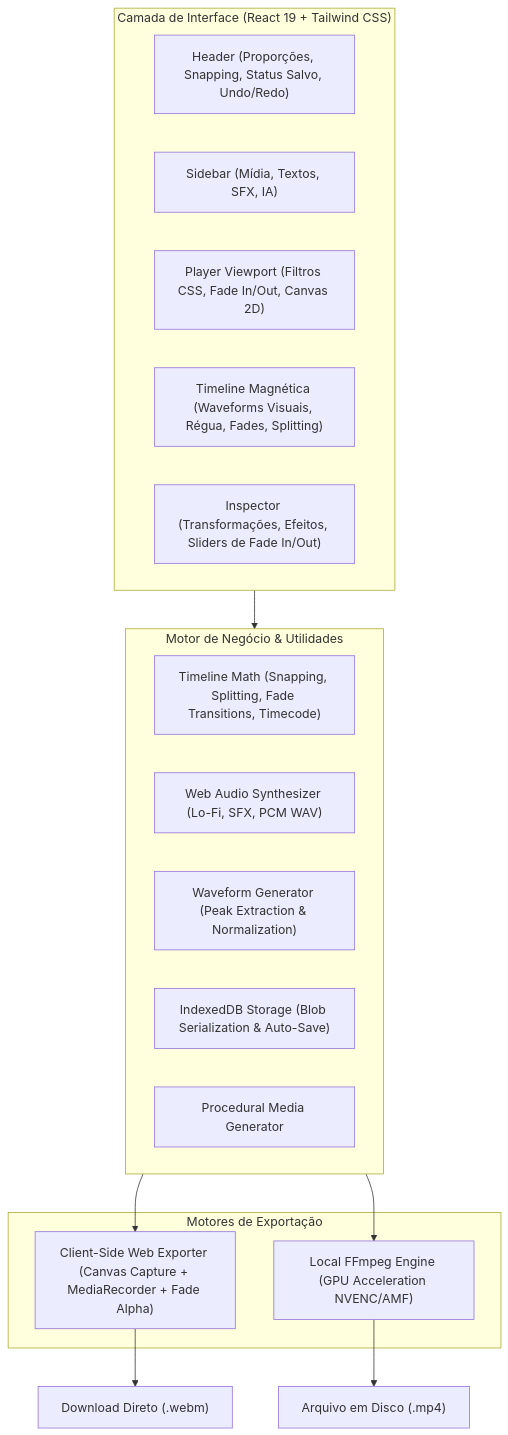
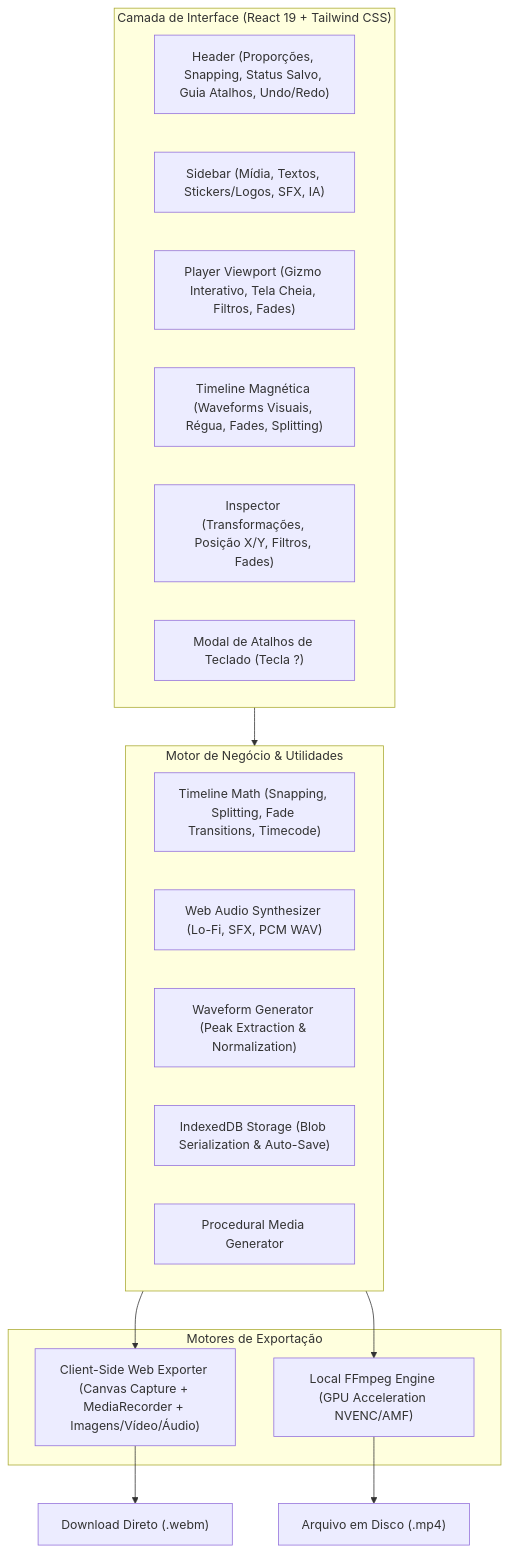
Before and after one commit to FelipeGardenghiDev/garden-cut: the diagram in README.md, drawn with Mermaid. The commit also changed other lines of this file and 10 other files, not shown here.

Commit message:
feat: native drag & drop, canvas gizmo bounding box, shortcuts modal and image layer support

````diff
--- a/README.md
+++ b/README.md
@@ -15,29 +15,30 @@
 ```mermaid
 flowchart TD
     subgraph UI ["Camada de Interface (React 19 + Tailwind CSS)"]
-        Header["Header (Proporções, Snapping, Status Salvo, Undo/Redo)"]
-        Sidebar["Sidebar (Mídia, Textos, SFX, IA)"]
-        PlayerView["Player Viewport (Filtros CSS, Fade In/Out, Canvas 2D)"]
+        Header["Header (Proporções, Snapping, Status Salvo, Guia Atalhos, Undo/Redo)"]
+        Sidebar["Sidebar (Mídia, Textos, Stickers/Logos, SFX, IA)"]
+        PlayerView["Player Viewport (Gizmo Interativo, Tela Cheia, Filtros, Fades)"]
         TimelineView["Timeline Magnética (Waveforms Visuais, Régua, Fades, Splitting)"]
-        InspectorView["Inspector (Transformações, Efeitos, Sliders de Fade In/Out)"]
+        InspectorView["Inspector (Transformações, Posição X/Y, Filtros, Fades)"]
+        ShortcutsModal["Modal de Atalhos de Teclado (Tecla ?)"]
     end
 
     subgraph Core ["Motor de Negócio & Utilidades"]
         TimelineMath["Timeline Math (Snapping, Splitting, Fade Transitions, Timecode)"]
         AudioEngine["Web Audio Synthesizer (Lo-Fi, SFX, PCM WAV)"]
         WaveformGen["Waveform Generator (Peak Extraction & Normalization)"]
         ProjectStorage["IndexedDB Storage (Blob Serialization & Auto-Save)"]
         MediaGen["Procedural Media Generator"]
     end
 
     subgraph ExportEngines ["Motores de Exportação"]
-        WebExporter["Client-Side Web Exporter (Canvas Capture + MediaRecorder + Fade Alpha)"]
+        WebExporter["Client-Side Web Exporter (Canvas Capture + MediaRecorder + Imagens/Vídeo/Áudio)"]
         FFmpegEngine["Local FFmpeg Engine (GPU Acceleration NVENC/AMF)"]
     end
 
     UI --> Core
     Core --> WebExporter
     Core --> FFmpegEngine
     WebExporter --> DirectDownload["Download Direto (.webm)"]
     FFmpegEngine --> DiskExport["Arquivo em Disco (.mp4)"]
 ```
````
